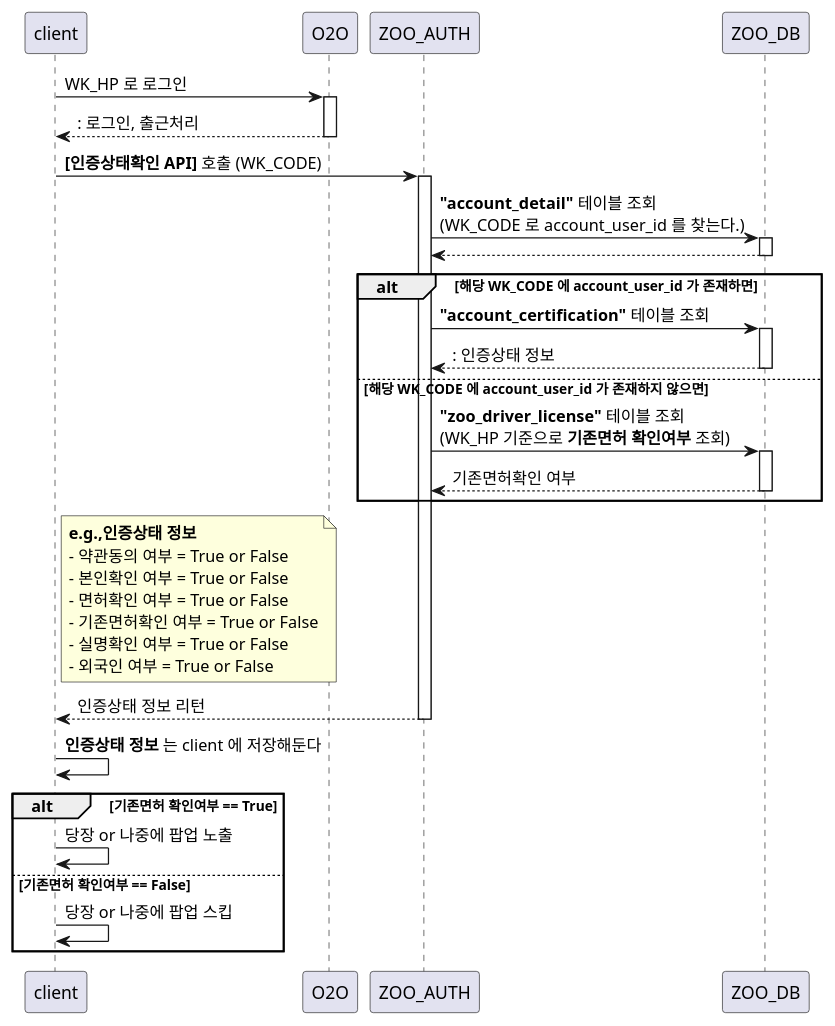
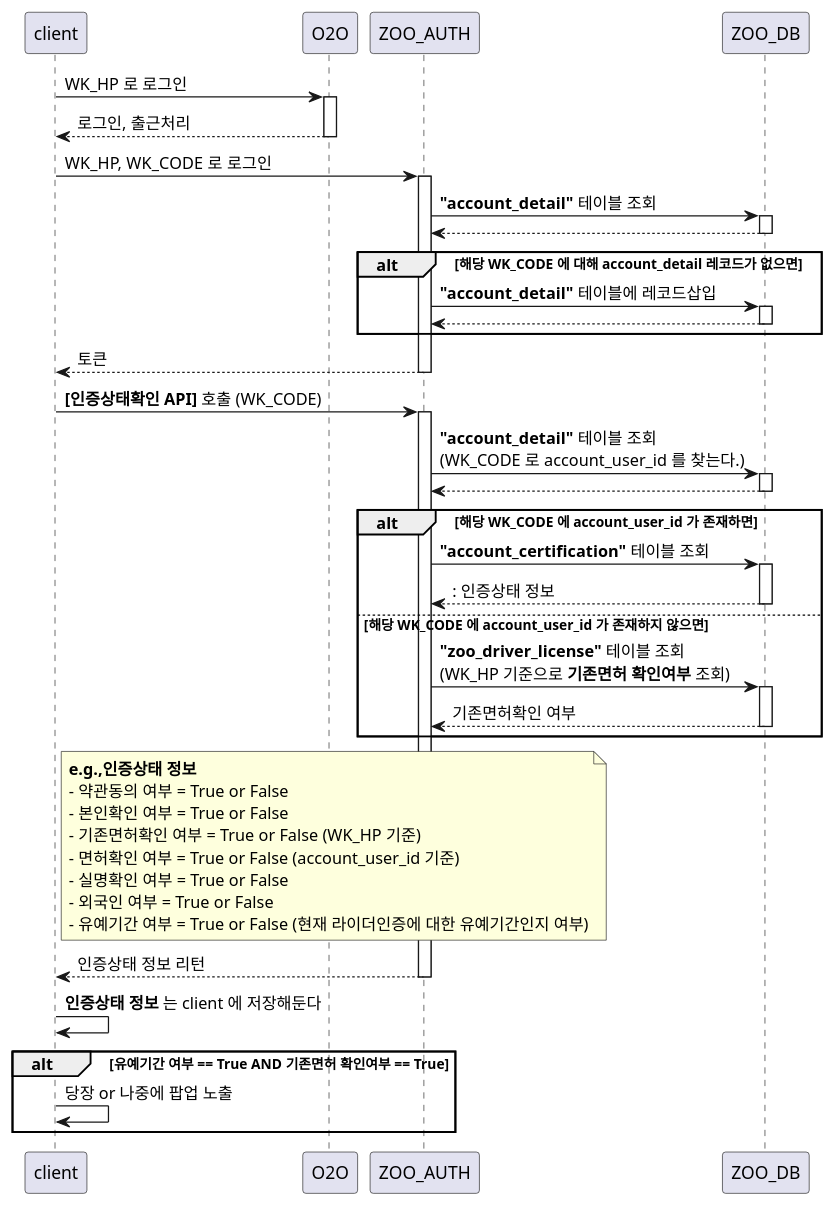
The diagram in uml/rider_certify/login.puml (junhoo-barogo/junhoo-barogo.github.io), drawn with PlantUML before and after one commit. The commit also changed 32 other files, not shown here.

```diff
--- a/uml/rider_certify/login.puml
+++ b/uml/rider_certify/login.puml
@@ -1,36 +1,43 @@
 
 client -> O2O++ : WK_HP 로 로그인
-return : 로그인, 출근처리
+return 로그인, 출근처리
+
+client -> ZOO_AUTH++ : WK_HP, WK_CODE 로 로그인
+ZOO_AUTH -> ZOO_DB++ : **"account_detail"** 테이블 조회
+return
+alt 해당 WK_CODE 에 대해 account_detail 레코드가 없으면
+    ZOO_AUTH -> ZOO_DB++ : **"account_detail"** 테이블에 레코드삽입
+    return
+end
+return 토큰
 
 client -> ZOO_AUTH++ : **[인증상태확인 API]** 호출 (WK_CODE)
 ZOO_AUTH -> ZOO_DB++ : **"account_detail"** 테이블 조회\n(WK_CODE 로 account_user_id 를 찾는다.)
 return
 
 alt 해당 WK_CODE 에 account_user_id 가 존재하면
     ZOO_AUTH -> ZOO_DB++ : **"account_certification"** 테이블 조회
     return : 인증상태 정보
 else 해당 WK_CODE 에 account_user_id 가 존재하지 않으면
     ZOO_AUTH -> ZOO_DB++ : **"zoo_driver_license"** 테이블 조회\n(WK_HP 기준으로 **기존면허 확인여부** 조회)
     return 기존면허확인 여부
 end
 
-
 note right of client
     **e.g.,인증상태 정보**
     - 약관동의 여부 = True or False
     - 본인확인 여부 = True or False
-    - 면허확인 여부 = True or False
-    - 기존면허확인 여부 = True or False
+    - 기존면허확인 여부 = True or False (WK_HP 기준)
+    - 면허확인 여부 = True or False (account_user_id 기준)
     - 실명확인 여부 = True or False
     - 외국인 여부 = True or False
+    - 유예기간 여부 = True or False (현재 라이더인증에 대한 유예기간인지 여부)
 end note
 
 return 인증상태 정보 리턴
 
 client -> client : **인증상태 정보** 는 client 에 저장해둔다
 
-alt 기존면허 확인여부 == True
+alt 유예기간 여부 == True AND 기존면허 확인여부 == True
     client -> client : 당장 or 나중에 팝업 노출
-else 기존면허 확인여부 == False
-    client -> client : 당장 or 나중에 팝업 스킵
 end
```
